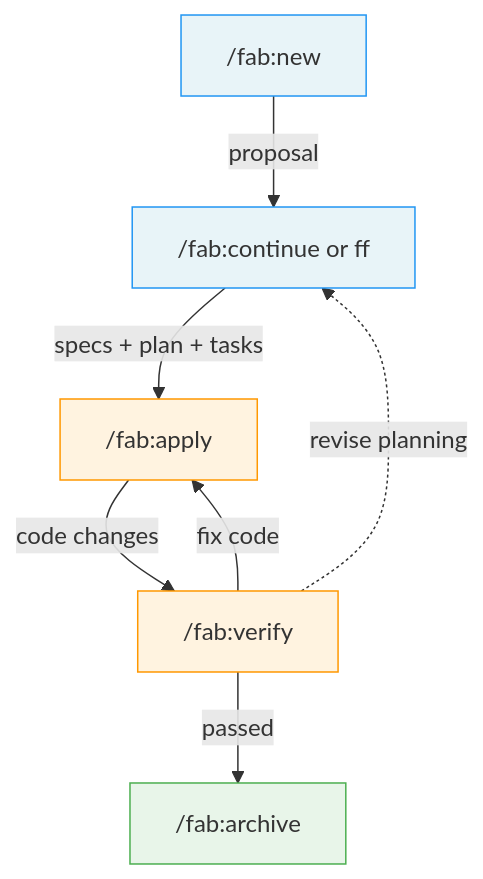
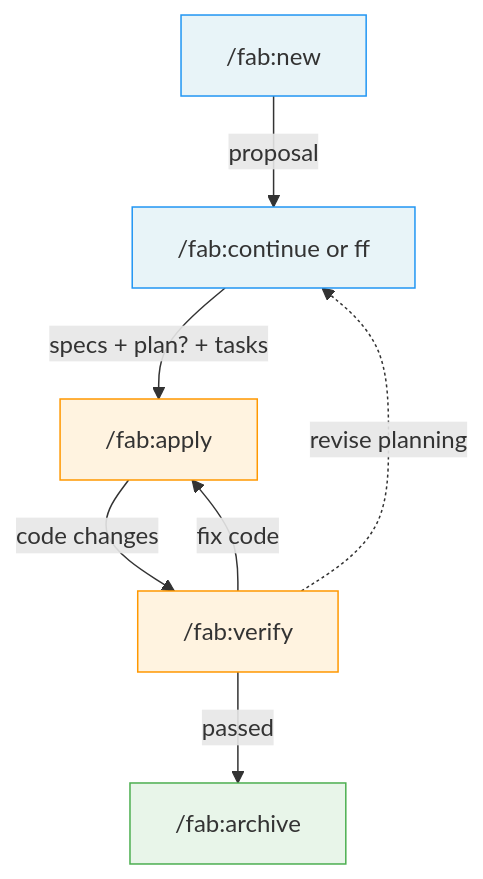
One commit to wvrdz/fab-kit changed the second of 2 diagrams in doc/fab-spec/README.md. Above: the diagram before and after it, drawn with Mermaid. The commit also changed other lines of this file and 3 other files, not shown here.

````diff
--- a/doc/fab-spec/README.md
+++ b/doc/fab-spec/README.md
@@ -76,21 +77,21 @@
 ```mermaid
 flowchart TD
     NEW["/fab:new"]
     PLAN["/fab:continue or ff"]
     APPLY["/fab:apply"]
     VERIFY["/fab:verify"]
     ARCHIVE["/fab:archive"]
 
     NEW -->|proposal| PLAN
-    PLAN -->|specs + plan + tasks| APPLY
+    PLAN -->|specs + plan? + tasks| APPLY
     APPLY -->|code changes| VERIFY
     VERIFY -->|passed| ARCHIVE
     VERIFY -->|fix code| APPLY
     VERIFY -.->|revise planning| PLAN
 
     style NEW fill:#e8f4f8,stroke:#2196F3
     style PLAN fill:#e8f4f8,stroke:#2196F3
     style APPLY fill:#fff3e0,stroke:#FF9800
     style VERIFY fill:#fff3e0,stroke:#FF9800
     style ARCHIVE fill:#e8f5e9,stroke:#4CAF50
 ```
````
